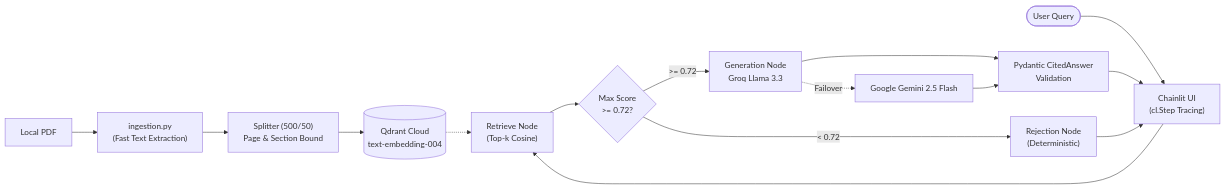
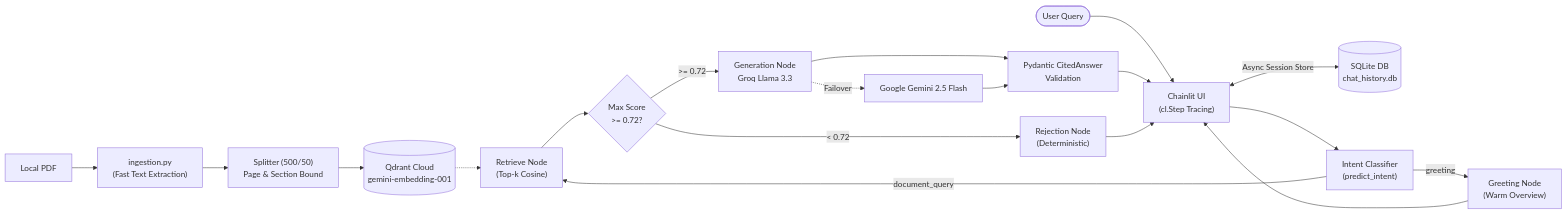
Before and after one commit to ZiadHegazy/Henkel_GenAI_Task: the diagram in PRESENTATION.md, drawn with Mermaid. The commit also changed other lines of this file and 1 other file, not shown here.

Commit message:
docs: update Readme and presentation with sqlite persistence and intent prediction

````diff
--- a/PRESENTATION.md
+++ b/PRESENTATION.md
@@ -74,19 +74,23 @@
 ```mermaid
 flowchart LR
     PDF["Local PDF"] --> Ingest["ingestion.py\n(Fast Text Extraction)"]
     Ingest --> Split["Splitter (500/50)\nPage & Section Bound"]
-    Split --> Qdrant[("Qdrant Cloud\ntext-embedding-004")]
+    Split --> Qdrant[("Qdrant Cloud\ngemini-embedding-001")]
     
     User(["User Query"]) --> Chainlit["Chainlit UI\n(cl.Step Tracing)"]
-    Chainlit --> Retrieve["Retrieve Node\n(Top-k Cosine)"]
+    Chainlit <-->|Async Session Store| SQLite[("SQLite DB\nchat_history.db")]
+    Chainlit --> Intent["Intent Classifier\n(predict_intent)"]
+    Intent -- "greeting" --> Greeting["Greeting Node\n(Warm Overview)"]
+    Intent -- "document_query" --> Retrieve["Retrieve Node\n(Top-k Cosine)"]
     Qdrant -.-> Retrieve
     Retrieve --> Gate{"Max Score\n>= 0.72?"}
     
     Gate -- "< 0.72" --> Rejection["Rejection Node\n(Deterministic)"]
     Gate -- ">= 0.72" --> Generation["Generation Node\nGroq Llama 3.3"]
     Generation -.->|Failover| Fallback["Google Gemini 2.5 Flash"]
     Generation --> Valid["Pydantic CitedAnswer\nValidation"]
     Fallback --> Valid
+    Greeting --> Chainlit
     Valid --> Chainlit
     Rejection --> Chainlit
 ```
````
